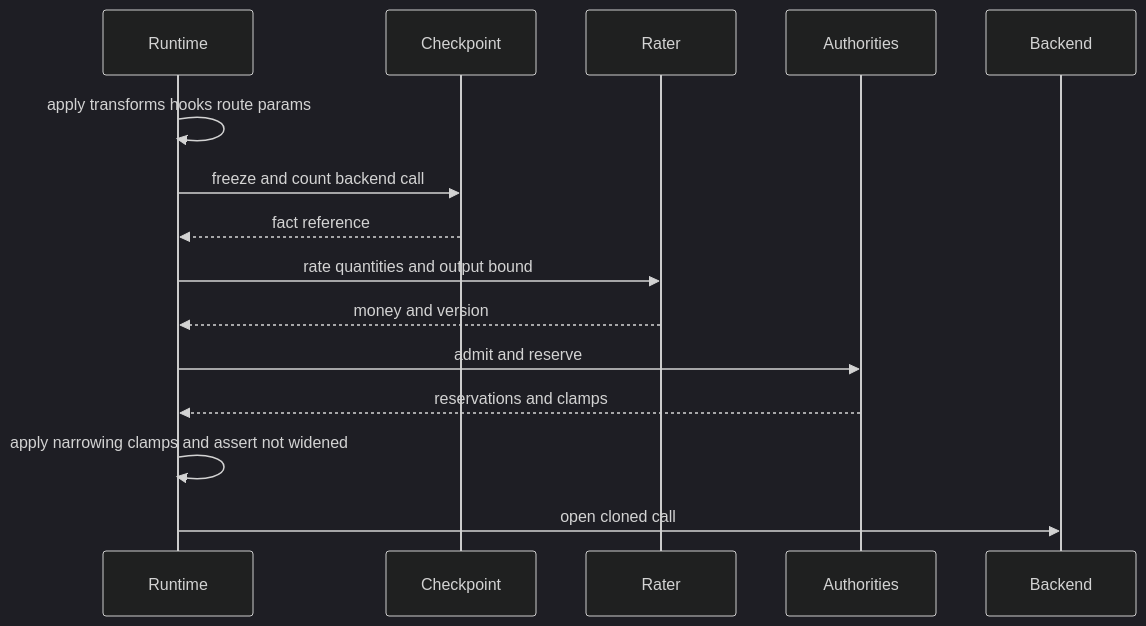
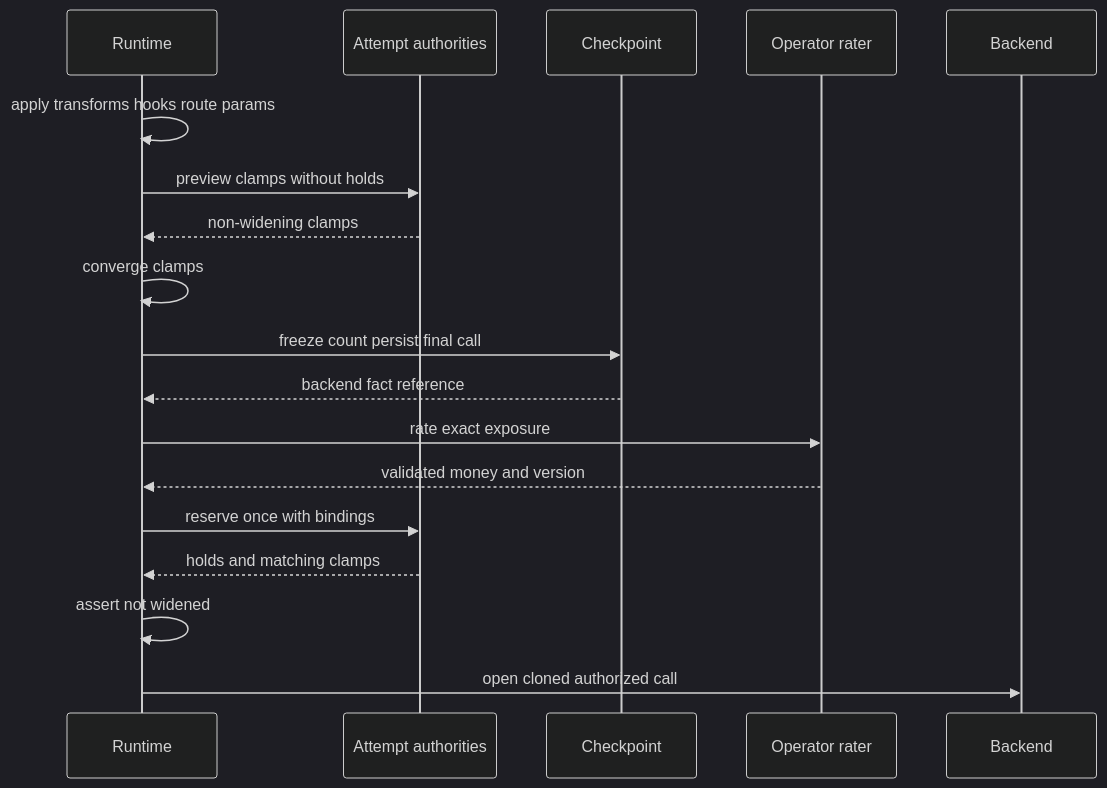
One commit to matdev83/go-llm-interactive-proxy changed the second of 2 diagrams in .kiro/specs/dual-plane-economics-and-concurrency-production-readiness/design.md. Above: the diagram before and after it, drawn with Mermaid (dark theme). The commit also changed other lines of this file, not shown here.

````diff
--- a/.kiro/specs/dual-plane-economics-and-concurrency-production-readiness/design.md
+++ b/.kiro/specs/dual-plane-economics-and-concurrency-production-readiness/design.md
@@ -197,17 +242,20 @@
 ```mermaid
 sequenceDiagram
     participant R as Runtime
+    participant A as Attempt authorities
     participant C as Checkpoint
-    participant Rate as Rater
-    participant A as Authorities
+    participant Rate as Operator rater
     participant B as Backend
     R->>R: apply transforms hooks route params
-    R->>C: freeze and count backend call
-    C-->>R: fact reference
-    R->>Rate: rate quantities and output bound
-    Rate-->>R: money and version
-    R->>A: admit and reserve
-    A-->>R: reservations and clamps
-    R->>R: apply narrowing clamps and assert not widened
-    R->>B: open cloned call
+    R->>A: preview clamps without holds
+    A-->>R: non-widening clamps
+    R->>R: converge clamps
+    R->>C: freeze count persist final call
+    C-->>R: backend fact reference
+    R->>Rate: rate exact exposure
+    Rate-->>R: validated money and version
+    R->>A: reserve once with bindings
+    A-->>R: holds and matching clamps
+    R->>R: assert not widened
+    R->>B: open cloned authorized call
 ```
````
